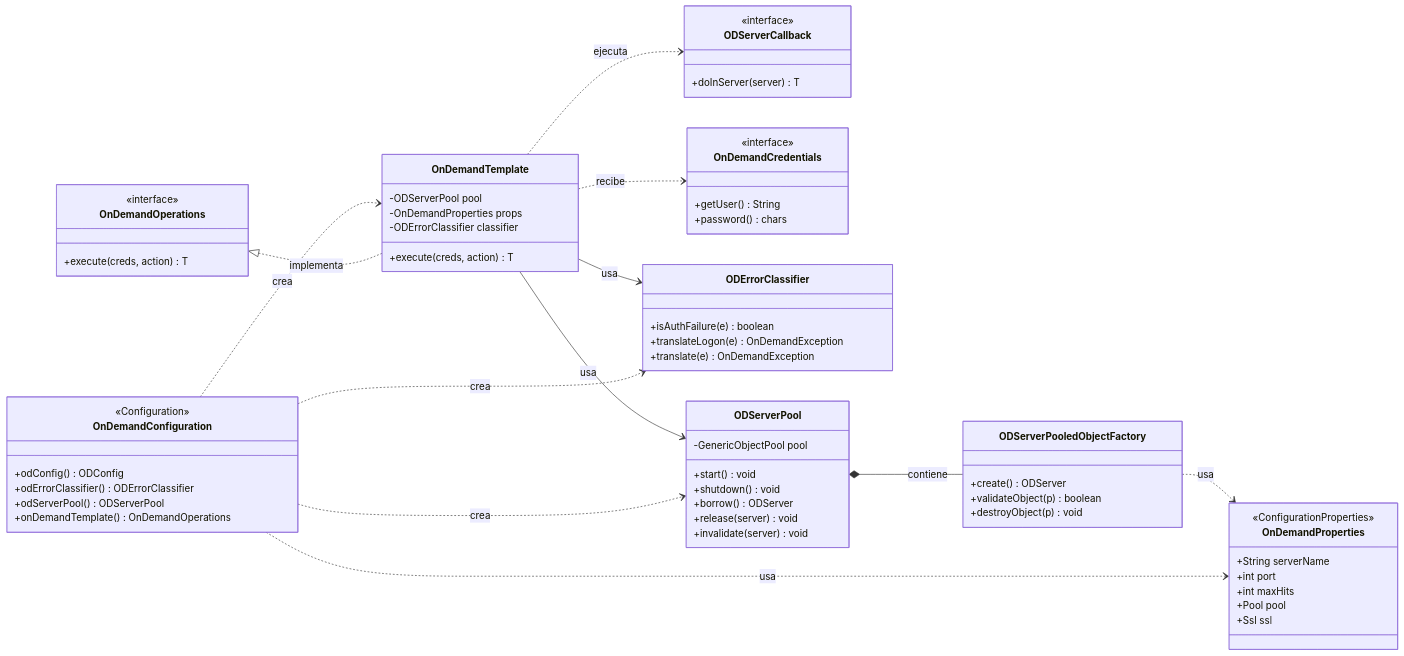
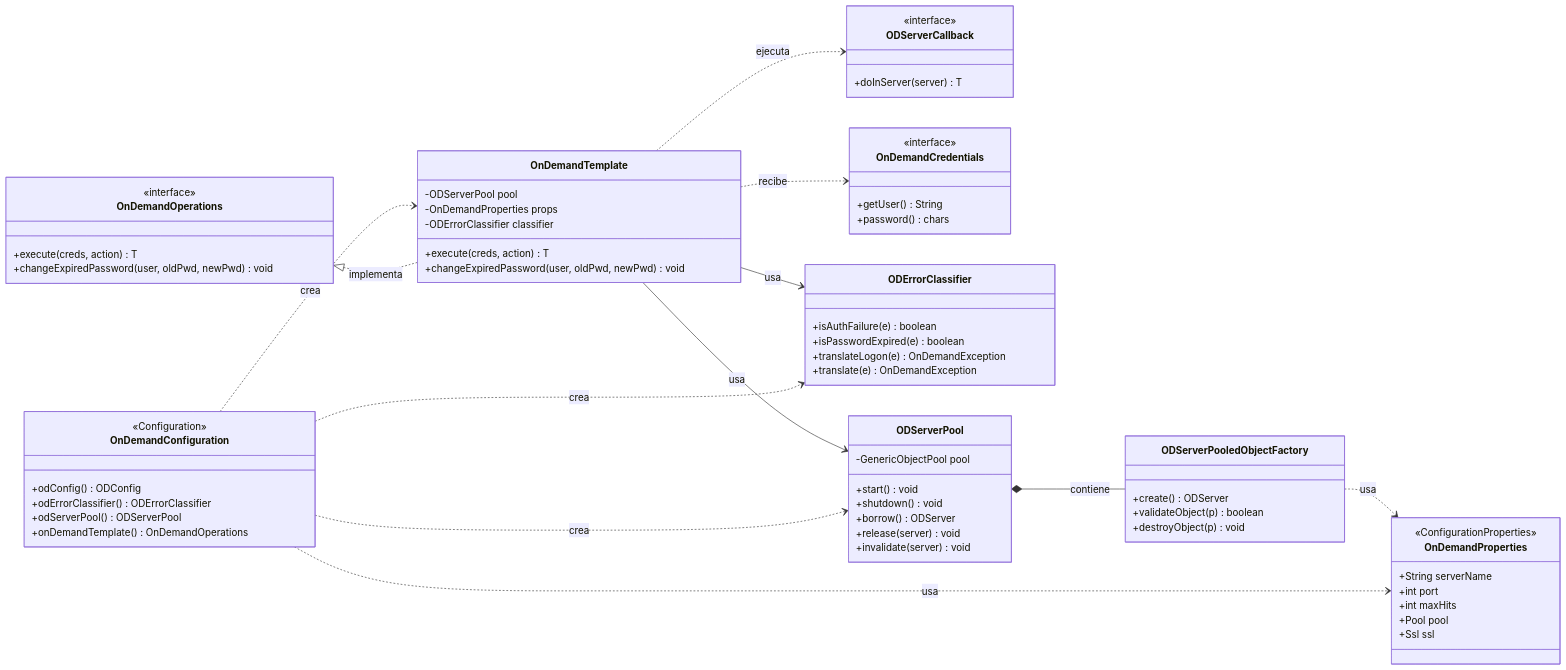
One commit to AlexMontiel91/CMOD changed the first of 4 diagrams in arquitectura-pool-odwek.md. Above: the diagram before and after it, drawn with Mermaid. The commit also changed other lines of this file and 56 other files, not shown here.

````diff
--- a/arquitectura-pool-odwek.md
+++ b/arquitectura-pool-odwek.md
@@ -25,77 +33,80 @@
 ```mermaid
 classDiagram
     direction LR
 
     class OnDemandConfiguration {
         <<Configuration>>
         +odConfig() ODConfig
         +odErrorClassifier() ODErrorClassifier
         +odServerPool() ODServerPool
         +onDemandTemplate() OnDemandOperations
     }
 
     class OnDemandProperties {
         <<ConfigurationProperties>>
         +String serverName
         +int port
         +int maxHits
         +Pool pool
         +Ssl ssl
     }
 
     class OnDemandOperations {
         <<interface>>
         +execute(creds, action) T
+        +changeExpiredPassword(user, oldPwd, newPwd) void
     }
 
     class OnDemandTemplate {
         -ODServerPool pool
         -OnDemandProperties props
         -ODErrorClassifier classifier
         +execute(creds, action) T
+        +changeExpiredPassword(user, oldPwd, newPwd) void
     }
 
     class ODServerCallback {
         <<interface>>
         +doInServer(server) T
     }
 
     class OnDemandCredentials {
         <<interface>>
         +getUser() String
         +password() chars
     }
 
     class ODErrorClassifier {
         +isAuthFailure(e) boolean
+        +isPasswordExpired(e) boolean
         +translateLogon(e) OnDemandException
         +translate(e) OnDemandException
     }
 
     class ODServerPool {
         -GenericObjectPool pool
         +start() void
         +shutdown() void
         +borrow() ODServer
         +release(server) void
         +invalidate(server) void
     }
 
     class ODServerPooledObjectFactory {
         +create() ODServer
         +validateObject(p) boolean
         +destroyObject(p) void
     }
 
     OnDemandOperations <|.. OnDemandTemplate : implementa
     OnDemandConfiguration ..> ODServerPool : crea
     OnDemandConfiguration ..> OnDemandTemplate : crea
     OnDemandConfiguration ..> ODErrorClassifier : crea
     OnDemandConfiguration ..> OnDemandProperties : usa
     OnDemandTemplate --> ODServerPool : usa
     OnDemandTemplate --> ODErrorClassifier : usa
     OnDemandTemplate ..> OnDemandCredentials : recibe
     OnDemandTemplate ..> ODServerCallback : ejecuta
     ODServerPool *-- ODServerPooledObjectFactory : contiene
     ODServerPooledObjectFactory ..> OnDemandProperties : usa
 ```
````
